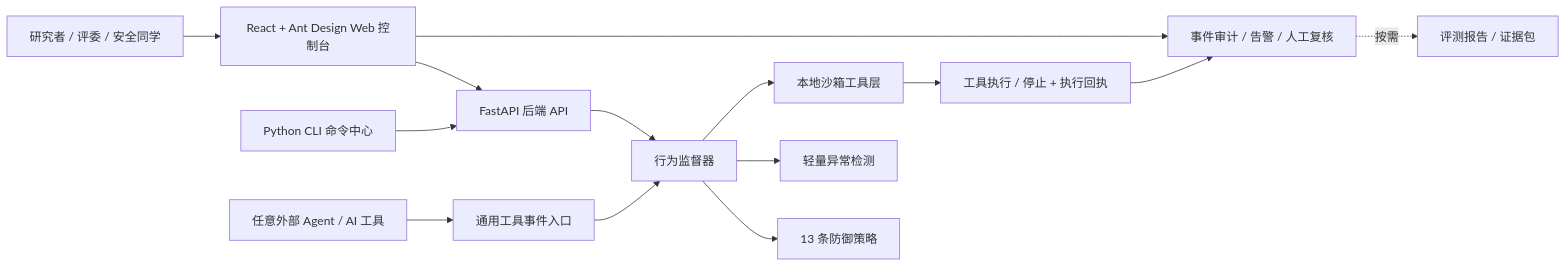
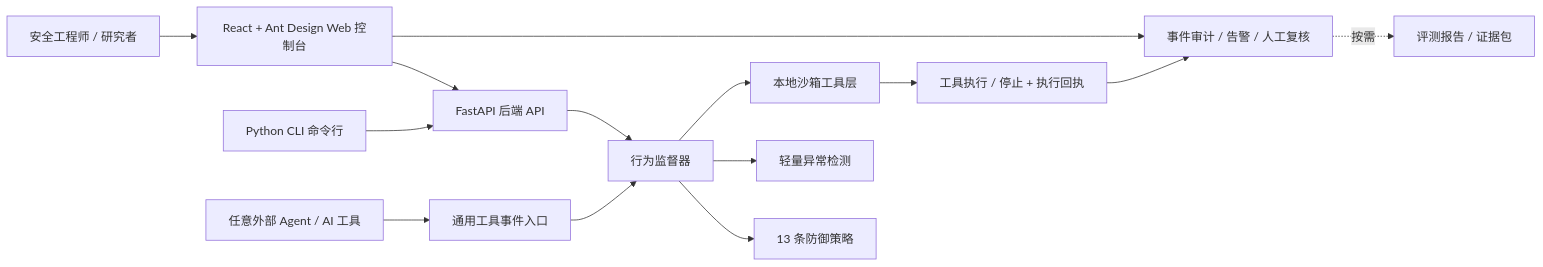
One commit to Chengxiaoyu1119/AgentBulwark changed the first of 2 diagrams in README.md. Above: the diagram before and after it, drawn with Mermaid. The commit also changed other lines of this file and 3 other files, not shown here.

````diff
--- a/README.md
+++ b/README.md
@@ -107,16 +72,16 @@
 ```mermaid
 flowchart LR
-  User["研究者 / 评委 / 安全同学"] --> UI["React + Ant Design Web 控制台"]
+  User["安全工程师 / 研究者"] --> UI["React + Ant Design Web 控制台"]
   UI --> API["FastAPI 后端 API"]
-  CLI["Python CLI 命令中心"] --> API
+  CLI["Python CLI 命令行"] --> API
   External["任意外部 Agent / AI 工具"] --> Gateway["通用工具事件入口"]
   Gateway --> Supervisor["行为监督器"]
   API --> Supervisor
   Supervisor --> Policies["13 条防御策略"]
   Supervisor --> Anomaly["轻量异常检测"]
   Supervisor --> Sandbox["本地沙箱工具层"]
   Sandbox --> Receipt["工具执行 / 停止 + 执行回执"]
   Receipt --> Audit["事件审计 / 告警 / 人工复核"]
   Audit -.按需.-> Evidence["评测报告 / 证据包"]
   UI --> Audit
 ```
````
